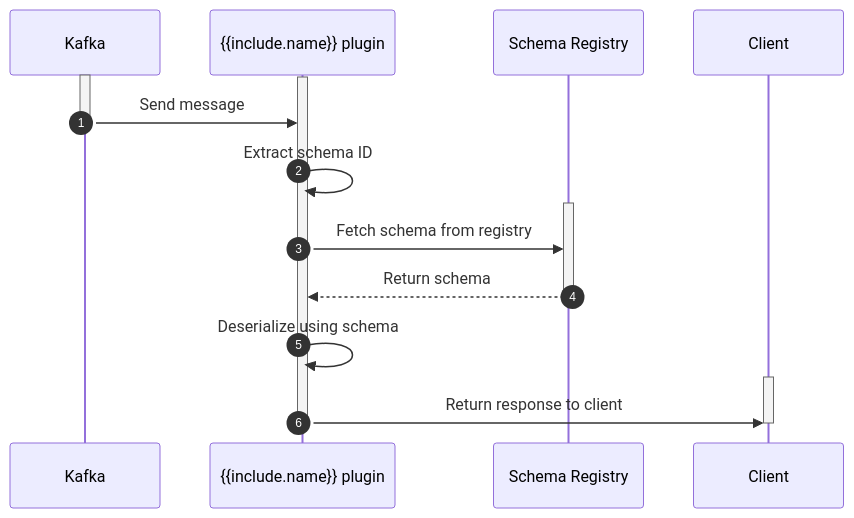
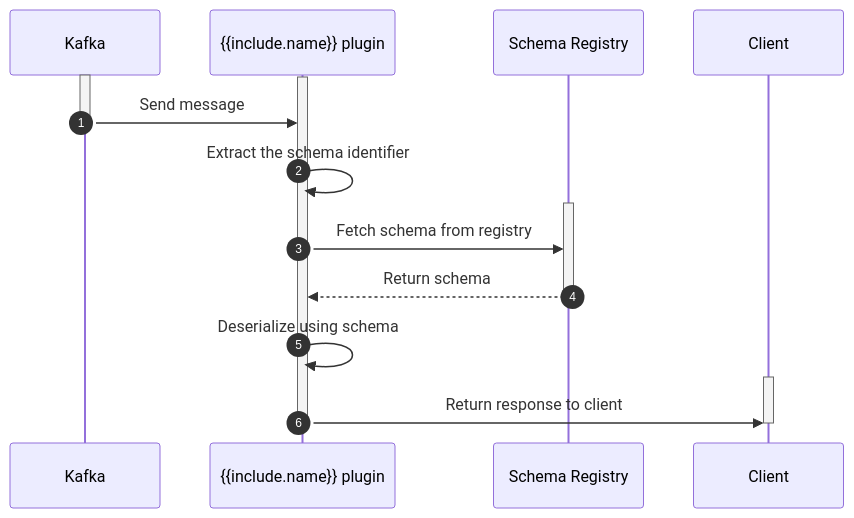
The second of 2 diagrams in app/_includes/plugins/confluent-kafka-consume/schema-registry.md (Kong/developer.konghq.com), drawn with Mermaid before and after one commit. The commit also changed other lines of this file and 3 other files, not shown here.

First line of the commit message:
feat(kafka): document AWS Glue schema registry support

```diff
--- a/app/_includes/plugins/confluent-kafka-consume/schema-registry.md
+++ b/app/_includes/plugins/confluent-kafka-consume/schema-registry.md
@@ -57,23 +60,23 @@
 {% mermaid %}
 sequenceDiagram
 autonumber
     participant Kafka
     participant Kong as {{include.name}} plugin
     participant Registry as Schema Registry
     participant Client
     
     activate Kafka
     activate Kong
     Kafka->>Kong: Send message
     deactivate Kafka
-    Kong->>Kong: Extract schema ID
+    Kong->>Kong: Extract the schema identifier
     activate Registry
     Kong->>Registry: Fetch schema from registry
     Registry-->>Kong: Return schema
     deactivate Registry
     Kong->>Kong: Deserialize using schema
     activate Client
     Kong->>Client: Return response to client
     deactivate Kong
     deactivate Client
 {% endmermaid %}
```
